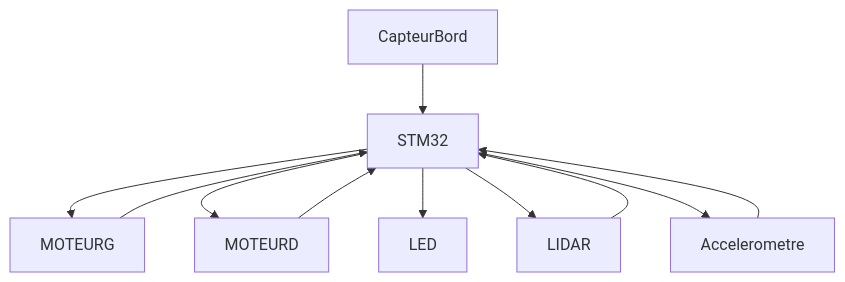
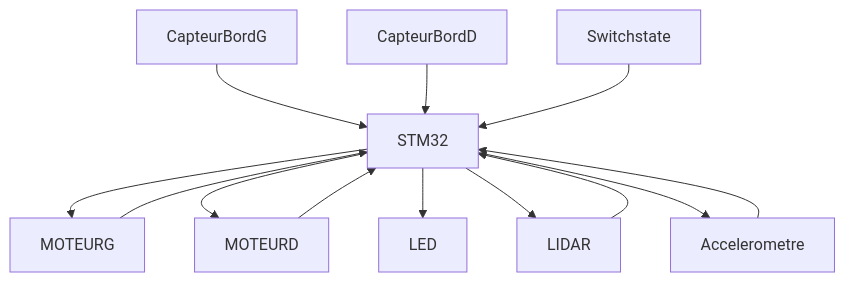
One commit to Manassehalt/2425_ESE_Projet_Torero changed the second of 2 diagrams in Calculs et brouillons/Remarque_Sch.md. Above: the diagram before and after it, drawn with Mermaid.

````diff
--- a/Calculs et brouillons/Remarque_Sch.md
+++ b/Calculs et brouillons/Remarque_Sch.md
@@ -83,13 +83,15 @@
 ```mermaid
 graph TD;
 	STM32-->MOTEURG;
 	STM32-->MOTEURD;
 	STM32-->LED;
 	STM32-->LIDAR;
 	STM32-->Accelerometre;
 	MOTEURG-->STM32;
 	MOTEURD-->STM32;
-	CapteurBord-->STM32;
+	CapteurBordG-->STM32;
+	CapteurBordD-->STM32;
 	Accelerometre-->STM32;
+	Switchstate-->STM32;
 	LIDAR-->STM32;
 ```
````
